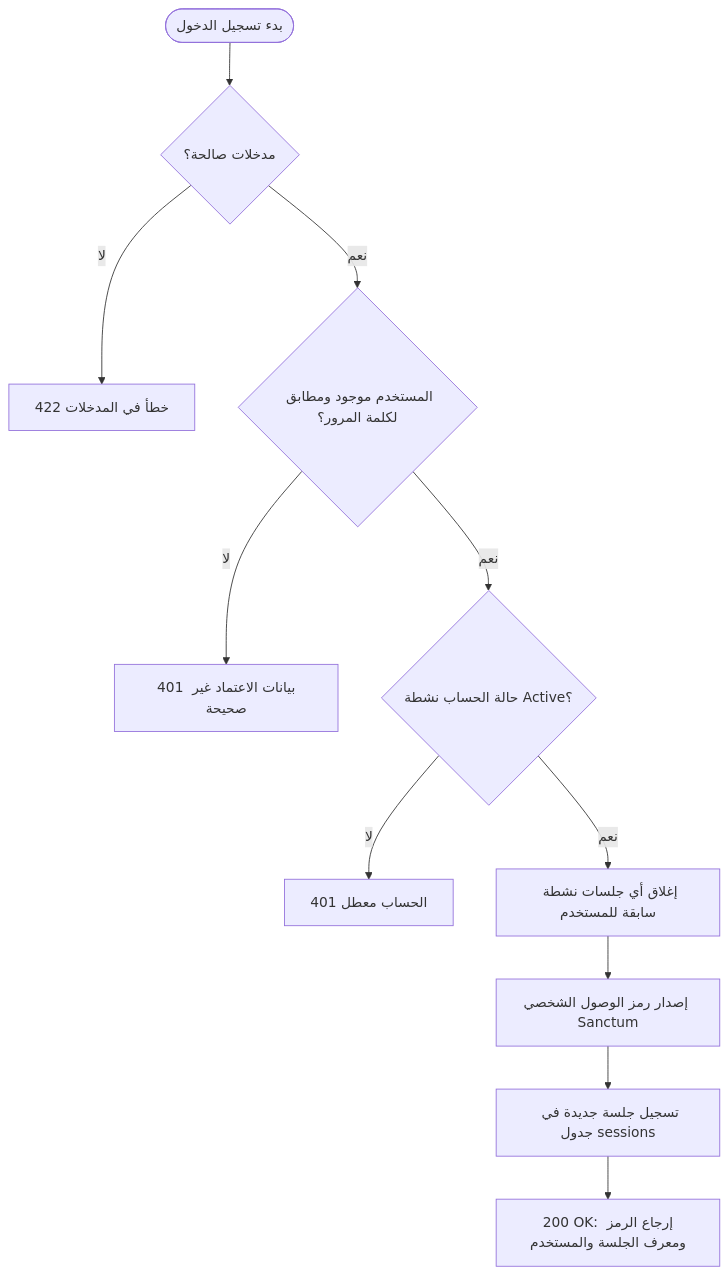
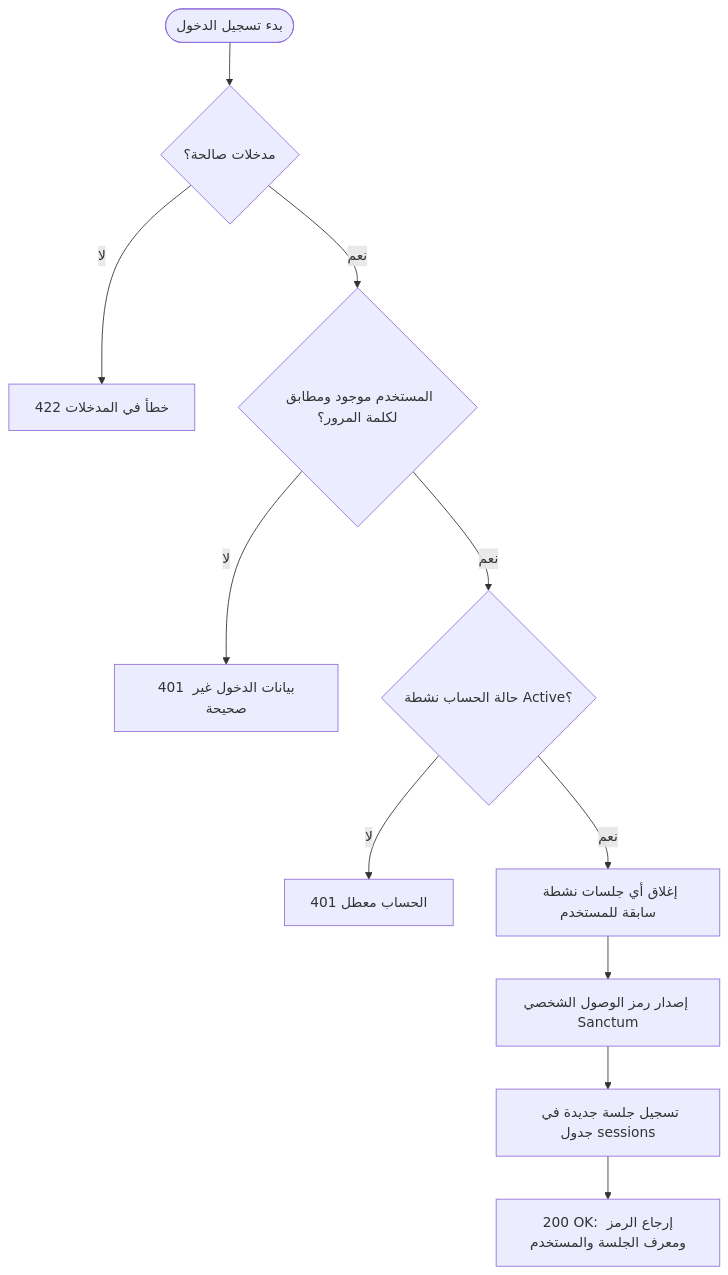
Before and after one commit to codewizardmx0-lgtm/school-quality-system: the second of 12 diagrams in docs/slices/slice1_auth_admin.md, drawn with Mermaid. The commit also changed other lines of this file and 3 other files, not shown here.

````diff
--- a/docs/slices/slice1_auth_admin.md
+++ b/docs/slices/slice1_auth_admin.md
@@ -137,13 +137,13 @@
 ```mermaid
 flowchart TD
   Start([بدء تسجيل الدخول]) --> ValidateReq{مدخلات صالحة؟}
   ValidateReq -- لا --> Err422[422 خطأ في المدخلات]
   ValidateReq -- نعم --> FindUser{المستخدم موجود ومطابق لكلمة المرور؟}
-  FindUser -- لا --> Err401Creds[401 بيانات الاعتماد غير صحيحة]
+  FindUser -- لا --> Err401Creds[401 بيانات الدخول غير صحيحة]
   FindUser -- نعم --> CheckActive{حالة الحساب نشطة Active؟}
   CheckActive -- لا --> Err401Disabled[401 الحساب معطل]
   CheckActive -- نعم --> CloseOldSess[إغلاق أي جلسات نشطة سابقة للمستخدم]
   CloseOldSess --> CreateToken[إصدار رمز الوصول الشخصي Sanctum]
   CreateToken --> CreateSess[تسجيل جلسة جديدة في جدول sessions]
   CreateSess --> Success200[200 OK: إرجاع الرمز ومعرف الجلسة والمستخدم]
 ```
````
